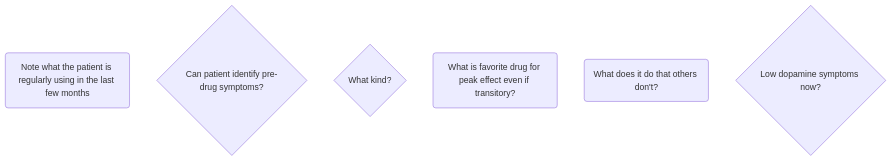
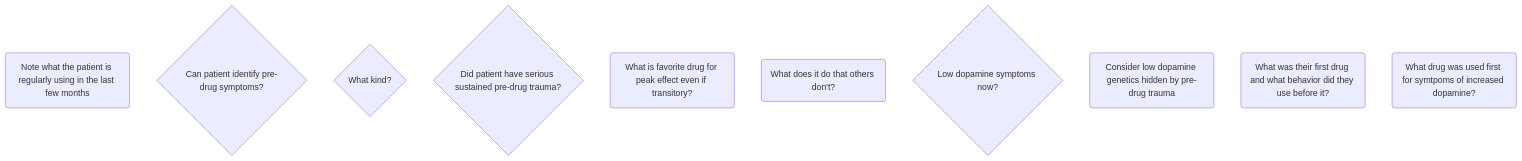
The diagram in Flowchart.md (hwetsman/Addiction_Diagnosis_Andtreatment_Manual), drawn with Mermaid before and after one commit.

````diff
--- a/Flowchart.md
+++ b/Flowchart.md
@@ -1,11 +1,18 @@
 ```mermaid
 flowchart TB
 
 regularly_using(Note what the patient is regularly using in the last few months)
 can_identify{Can patient identify pre-drug symptoms?}
 what_kind{What kind?}
+   trauma{Did patient have serious sustained pre-drug trauma?}
+
 favorite(What is favorite drug for peak effect even if transitory?)
 what_does(What does it do that others don't?)
 low_da{Low dopamine symptoms now?}
+consider_low(Consider low dopamine genetics hidden by pre-drug trauma)
+first_drug(What was their first drug and what behavior did they use before it?)
+what_drug(What drug was used first for symtpoms of increased dopamine?)
+
+
 
 ```
````
